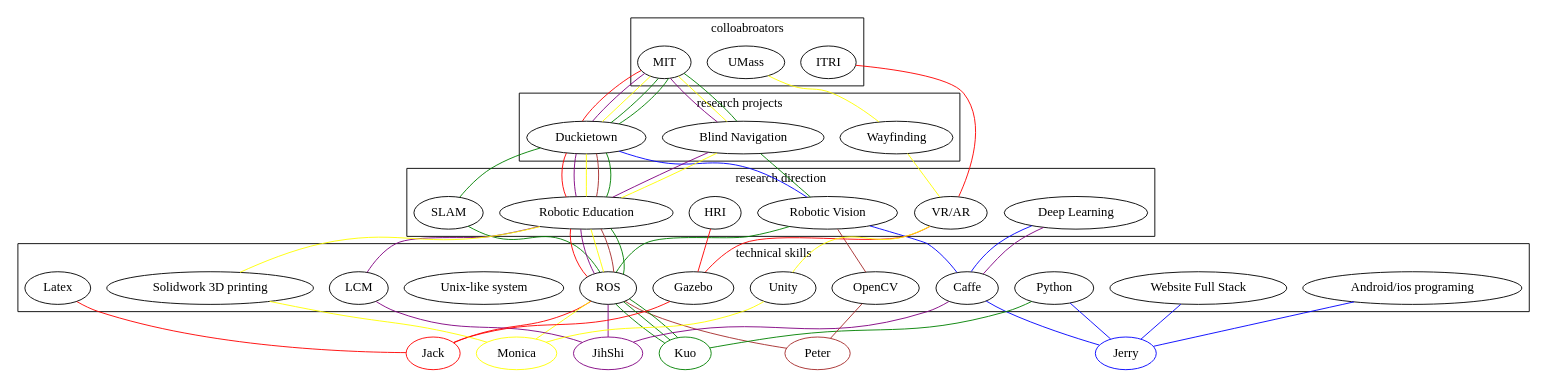
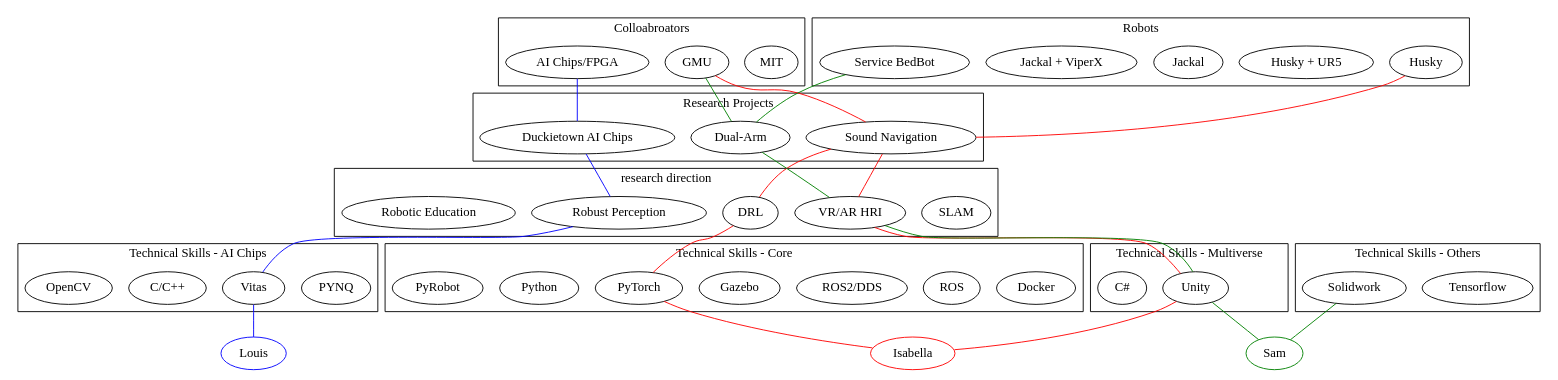
Before and after one commit to ARG-NCTU/robotics-skill-tree: the diagram in research_tree_lab.dot, drawn with Graphviz.

Commit message:
update tree_lab

```diff
--- a/research_tree_lab.dot
+++ b/research_tree_lab.dot
@@ -1,54 +1,59 @@
 
 graph {
 subgraph cluster_A {
-label = "colloabroators" ;
-"MIT" "ITRI" "UMass"
+label = "Colloabroators" ;
+"MIT" "GMU" "AI Chips/FPGA"
+}
+
+subgraph cluster_A1 {
+label = "Robots" ;
+"Husky" "Husky + UR5" "Jackal" "Jackal + ViperX" "Service BedBot"
 }
 
 subgraph cluster_B{
-label = "research projects" ;
-"Duckietown" "Blind Navigation" "Wayfinding"
+label = "Research Projects" ;
+"Duckietown AI Chips" "Sound Navigation" "Dual-Arm"
 
 }
 
 subgraph cluster_C{
 label = "research direction";
-"SLAM" "Robotic Vision" "Deep Learning" "VR/AR" "HRI" "Robotic Education"
+"SLAM" "DRL" "Robust Perception" "VR/AR HRI" "Robotic Education"
 }
 
 subgraph cluster_D{
-label = "technical skills" ;
-"ROS" "LCM" "Gazebo" "Unity" "Caffe" "Solidwork 3D printing" "Latex" "Android/ios programing" "Unix-like system" "Website Full Stack" "Python" "OpenCV"
+label = "Technical Skills - Core" ;
+"Docker" "ROS" "ROS2/DDS" "Gazebo" "PyTorch" "Python" "PyRobot"
 }
-"Jack" [color=red];
-"ITRI" -- "VR/AR" -- "Gazebo" -- "Jack"[color=red];
-"MIT" -- "Duckietown" -- "Robotic Education" -- "ROS" -- "Jack"[color=red];
-"Latex" -- "Jack"[color=red];
-"HRI" -- "Gazebo"[color=red];
-"Jerry" [color=blue]
-"Android/ios programing" -- "Jerry" [color=blue]
-"Caffe" -- "Jerry" [color=blue]
-"Deep Learning" -- "Caffe" [color=blue]
-"Robotic Vision" -- "Caffe" [color=blue]
-"Website Full Stack" -- "Jerry" [color=blue]
-"Python" -- "Jerry" [color=blue]
-"Duckietown" -- "Robotic Vision"[color=blue]
-"JihShi" [color=purple];
- "Deep Learning" -- "Caffe" -- "JihShi"[color=purple] 
-"MIT" -- "Duckietown" -- "Robotic Education" -- "ROS" -- "JihShi"[color=purple];
-"MIT" -- "Blind Navigation" -- "Robotic Education" [color=purple];
-"Robotic Education"--"LCM"--"JihShi"[color=purple];
-"Monica" [color=yellow];
-"UMass" -- "Wayfinding" -- "VR/AR" -- "Unity" -- "Monica" [color=yellow];
-"MIT" -- "Duckietown" -- "Robotic Education" -- "ROS" --  "Monica" [color=yellow];
-"MIT" -- "Blind Navigation" -- "Robotic Education" -- "Solidwork 3D printing" -- "Monica" [color=yellow];
-"Peter" [color=brown];
-"Robotic Vision" -- "OpenCV" -- "Peter"[color=brown];
-"Duckietown" -- "Robotic Education" -- "ROS" -- "Peter"[color=brown];
-"Kuo" [color=green];
-"Python" -- "Kuo" [color=green];
-"MIT" -- "Duckietown" -- "Robotic Education" -- "ROS" --  "Kuo" [color=green];
-"MIT" -- "Blind Navigation" -- "Robotic Vision" -- "ROS" -- "Kuo" [color=green];
-"MIT" -- "Duckietown" -- "SLAM" -- "ROS" -- "Kuo" [color=green];
+
+subgraph cluster_D1{
+label = "Technical Skills - Multiverse" ;
+"Unity" "C#" 
+}
+
+subgraph cluster_D2{
+label = "Technical Skills - AI Chips" ;
+ "PYNQ" "Vitas" "C/C++" "OpenCV"
+}
+
+subgraph cluster_D3{
+label = "Technical Skills - Others" ;
+"ROS" "ROS2/DDS" "Tensorflow" "Solidwork" 
+}
+
+"Isabella" [color=red];
+"GMU" -- "Sound Navigation" -- "VR/AR HRI" -- "Unity" -- "Isabella"[color=red];
+"Husky" --  "Sound Navigation" -- "DRL" -- "PyTorch" -- "Isabella"[color=red];
+
+
+"Sam" [color=green];
+"GMU" -- "Dual-Arm" -- "VR/AR HRI" -- "Unity" -- "Sam"[color=green];
+"Service BedBot" --  "Dual-Arm" [color=green]; 
+"Solidwork" -- "Sam"[color=green];
+
+"Louis" [color=blue];
+"AI Chips/FPGA" -- "Duckietown AI Chips" -- "Robust Perception" -- "Vitas" -- "Louis"[color=blue];
+
+
 
 }
```
